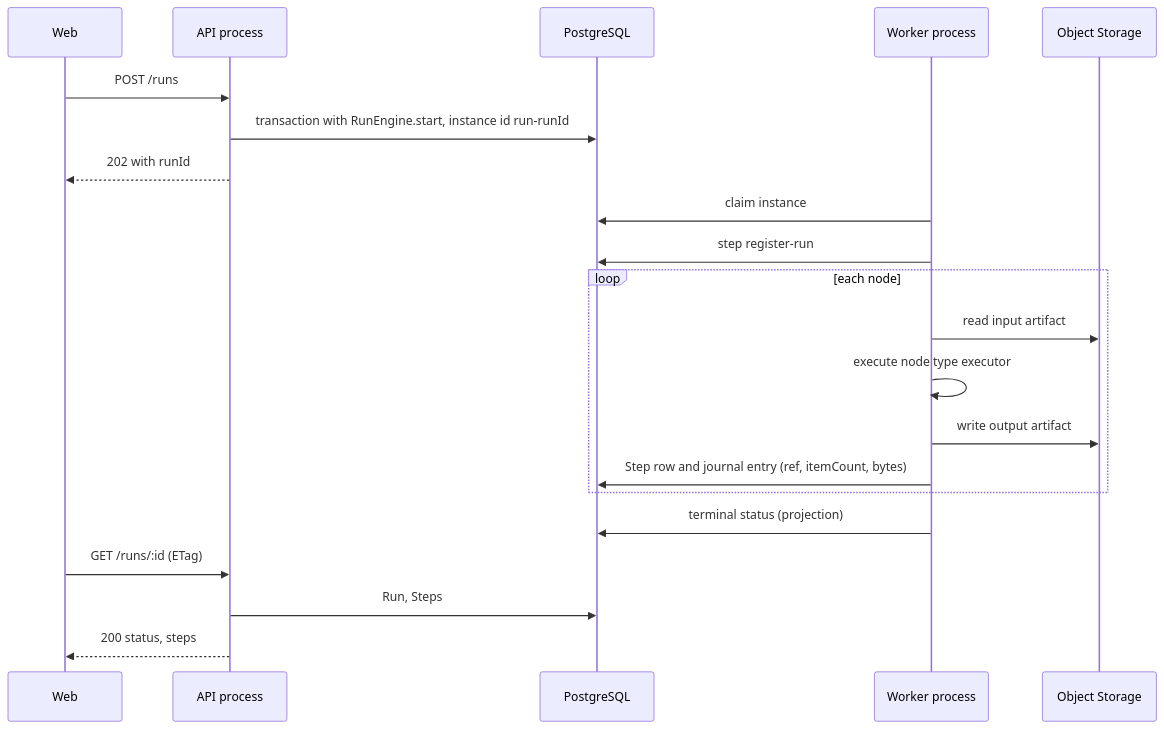
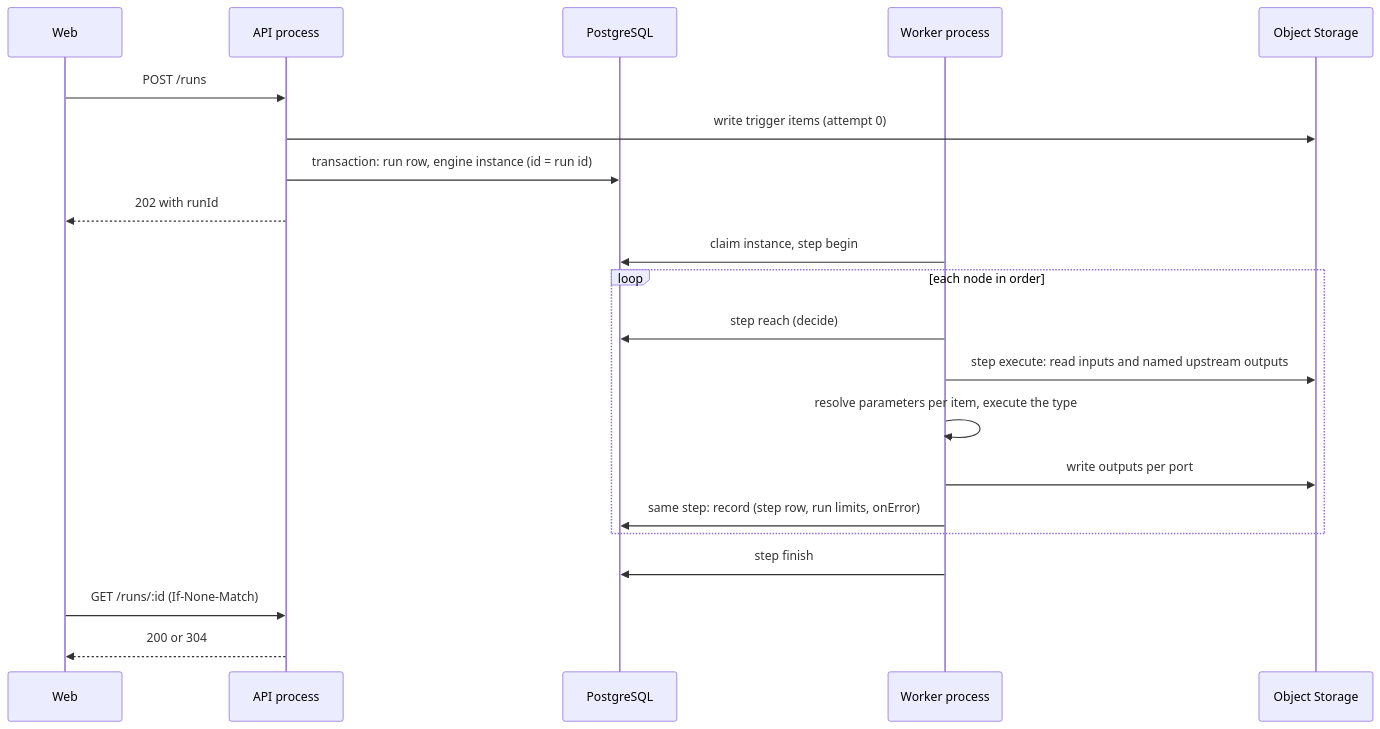
The first of 2 diagrams in docs/architecture/04-execution.md (AidXylelele/tenon), drawn with Mermaid before and after one commit. The commit also changed other lines of this file and 264 other files, not shown here.

````diff
--- a/docs/architecture/04-execution.md
+++ b/docs/architecture/04-execution.md
@@ -63,23 +64,23 @@
 ```mermaid
 sequenceDiagram
   participant UI as Web
   participant API as API process
   participant PG as PostgreSQL
   participant W as Worker process
   participant S3 as Object Storage
   UI->>API: POST /runs
-  API->>PG: transaction with RunEngine.start, instance id run-runId
+  API->>S3: write trigger items (attempt 0)
+  API->>PG: transaction: run row, engine instance (id = run id)
   API-->>UI: 202 with runId
-  W->>PG: claim instance
-  W->>PG: step register-run
-  loop each node
-    W->>S3: read input artifact
-    W->>W: execute node type executor
-    W->>S3: write output artifact
-    W->>PG: Step row and journal entry (ref, itemCount, bytes)
+  W->>PG: claim instance, step begin
+  loop each node in order
+    W->>PG: step reach (decide)
+    W->>S3: step execute: read inputs and named upstream outputs
+    W->>W: resolve parameters per item, execute the type
+    W->>S3: write outputs per port
+    W->>PG: same step: record (step row, run limits, onError)
   end
-  W->>PG: terminal status (projection)
-  UI->>API: GET /runs/:id (ETag)
-  API->>PG: Run, Steps
-  API-->>UI: 200 status, steps
+  W->>PG: step finish
+  UI->>API: GET /runs/:id (If-None-Match)
+  API-->>UI: 200 or 304
 ```
````
